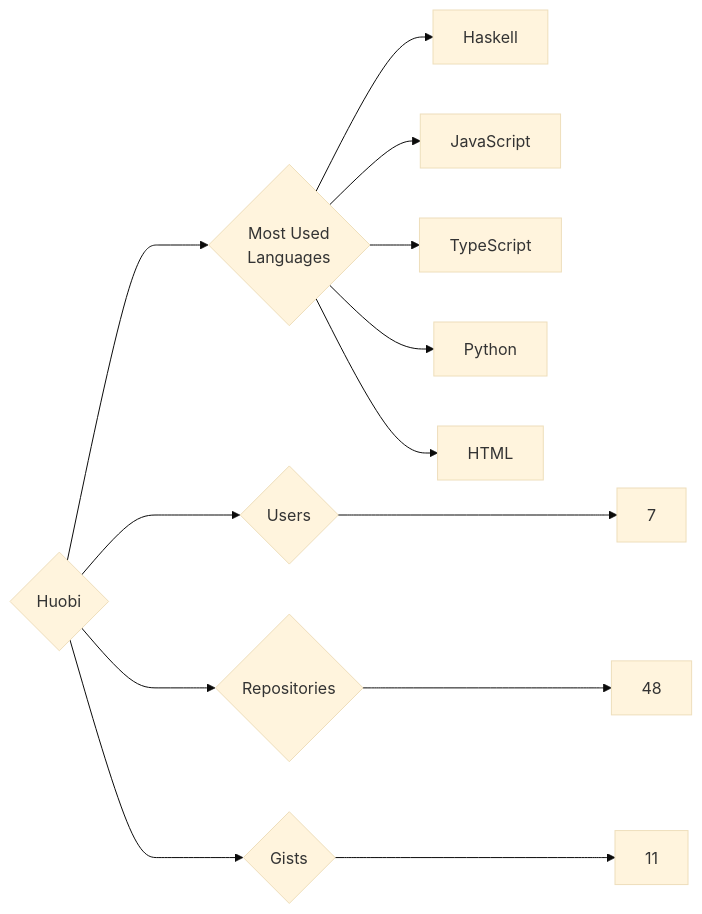
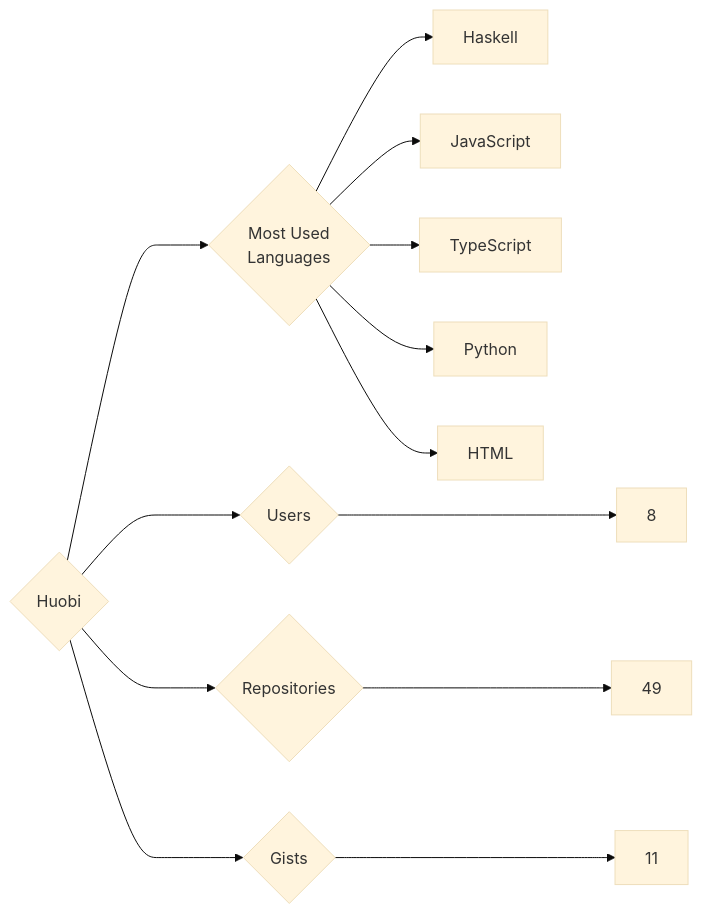
One commit to trickest/insiders changed the diagram in targets/Huobi/README.md. Above: the diagram before and after it, drawn with Mermaid (base theme). The commit also changed 776 other files, not shown here.

````diff
--- a/targets/Huobi/README.md
+++ b/targets/Huobi/README.md
@@ -3,13 +3,13 @@
 ```mermaid
 graph LR
 COMPANY_NAME{Huobi}
-COMPANY_NAME ---> U{Users} ---> UN[7]
-COMPANY_NAME ---> R{Repositories} ---> RN[48]
+COMPANY_NAME ---> U{Users} ---> UN[8]
+COMPANY_NAME ---> R{Repositories} ---> RN[49]
 COMPANY_NAME ---> G{Gists} ---> GN[11]
 COMPANY_NAME ---> ML{Most Used<br>Languages}
 ML --> Haskell[Haskell]
 ML --> JavaScript[JavaScript]
 ML --> TypeScript[TypeScript]
 ML --> Python[Python]
 ML --> HTML[HTML]
 ```
````
